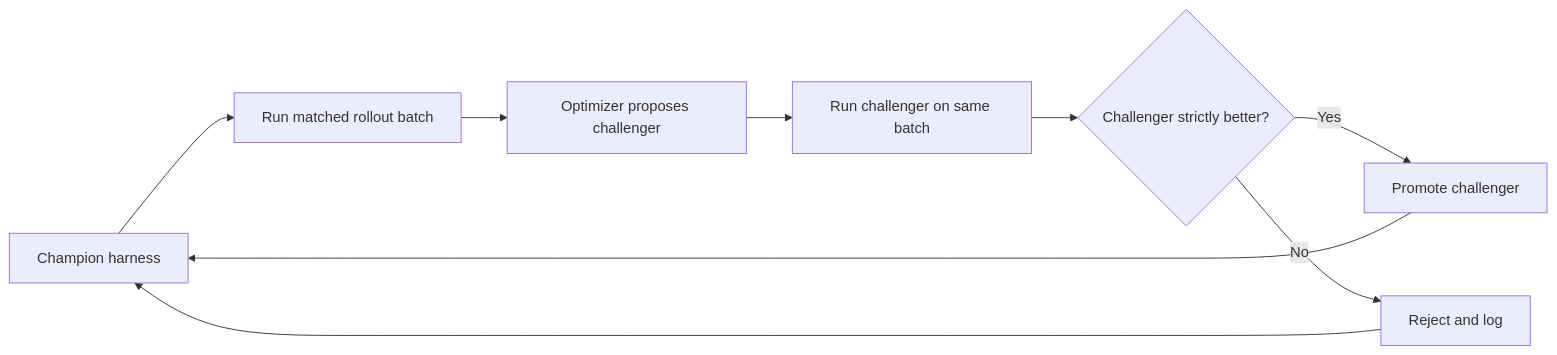
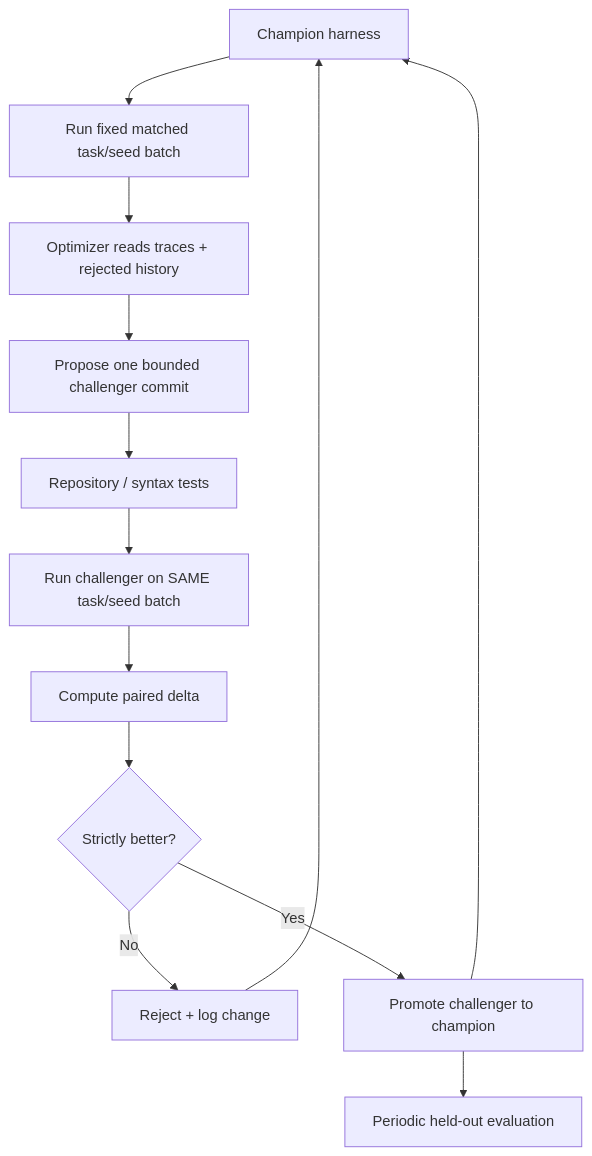
Before and after one commit to ShadowKingYT444/harness-papers-daily: the diagram in _analyses/2609.39304.md, drawn with Mermaid. The commit also changed other lines of this file and 37 other files, not shown here.

````diff
--- a/_analyses/2609.39304.md
+++ b/_analyses/2609.39304.md
@@ -21,11 +46,15 @@
-```mermaid
-flowchart LR
-    A[Champion harness] --> B[Run matched rollout batch]
-    B --> C[Optimizer proposes challenger]
-    C --> D[Run challenger on same batch]
-    D --> E{Challenger strictly better?}
-    E -- Yes --> F[Promote challenger]
-    E -- No --> G[Reject and log]
-    F --> A
-    G --> A
-```
+~~~mermaid
+flowchart TD
+    A["Champion harness"] --> B["Run fixed matched task/seed batch"]
+    B --> C["Optimizer reads traces + rejected history"]
+    C --> D["Propose one bounded challenger commit"]
+    D --> E["Repository / syntax tests"]
+    E --> F["Run challenger on SAME task/seed batch"]
+    F --> G["Compute paired delta"]
+    G --> H{"Strictly better?"}
+    H -- "No" --> I["Reject + log change"]
+    H -- "Yes" --> J["Promote challenger to champion"]
+    I --> A
+    J --> A
+    J --> K["Periodic held-out evaluation"]
+~~~
````
